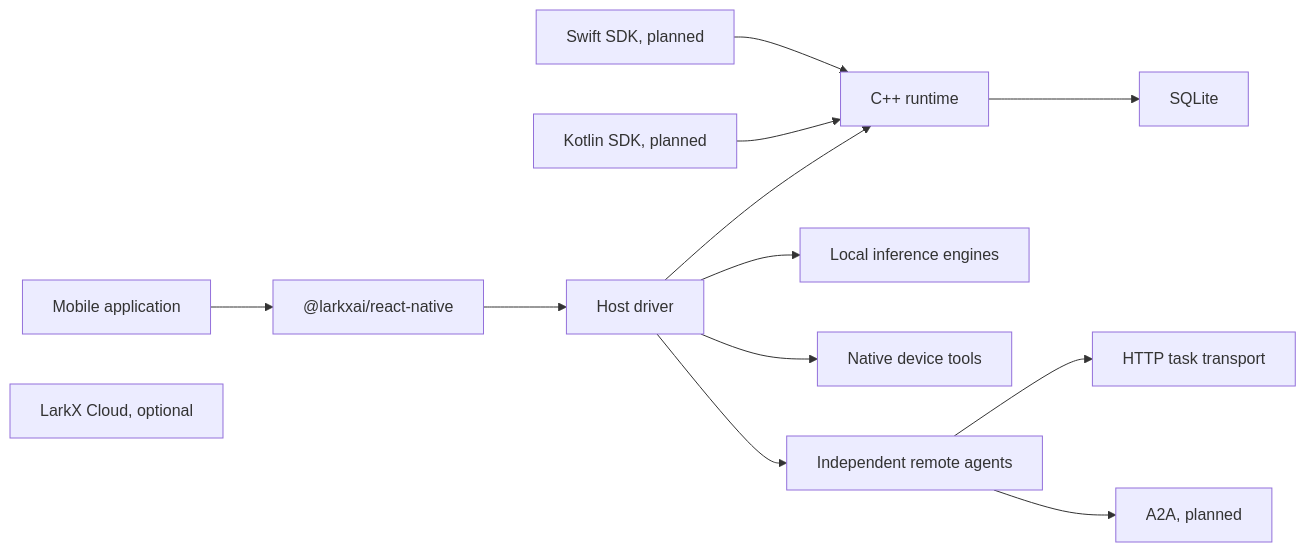
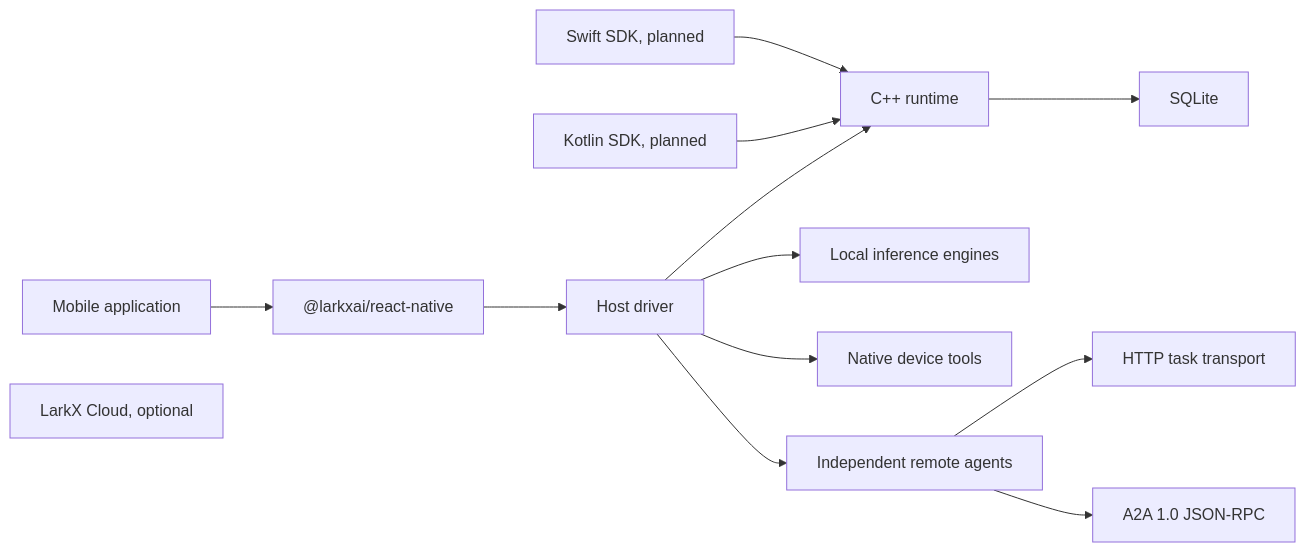
Before and after one commit to larkxai/larkx: the diagram in README.md, drawn with Mermaid. The commit also changed other lines of this file and 46 other files, not shown here.

````diff
--- a/README.md
+++ b/README.md
@@ -217,15 +228,15 @@
 ```mermaid
 flowchart LR
   app["Mobile application"] --> rn["@larkxai/react-native"]
   swift["Swift SDK, planned"] --> core["C++ runtime"]
   kotlin["Kotlin SDK, planned"] --> core
   rn --> driver["Host driver"]
   driver --> core
   core --> db["SQLite"]
   driver --> inference["Local inference engines"]
   driver --> tools["Native device tools"]
   driver --> remote["Independent remote agents"]
   remote --> http["HTTP task transport"]
-  remote --> a2a["A2A, planned"]
+  remote --> a2a["A2A 1.0 JSON-RPC"]
   cloud["LarkX Cloud, optional"]
 ```
````
